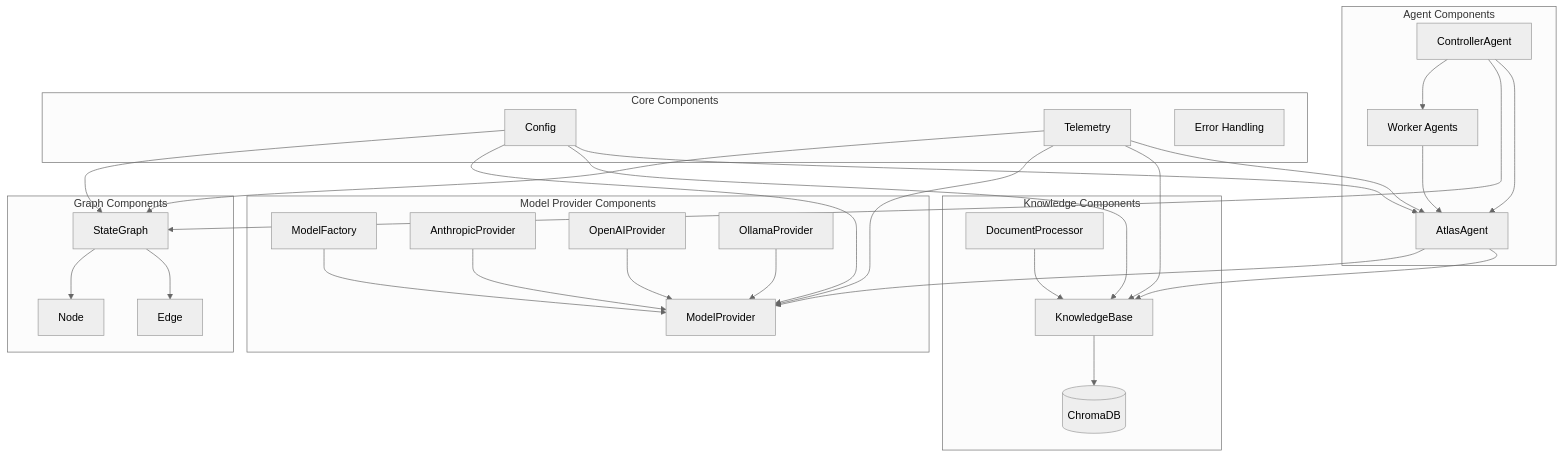
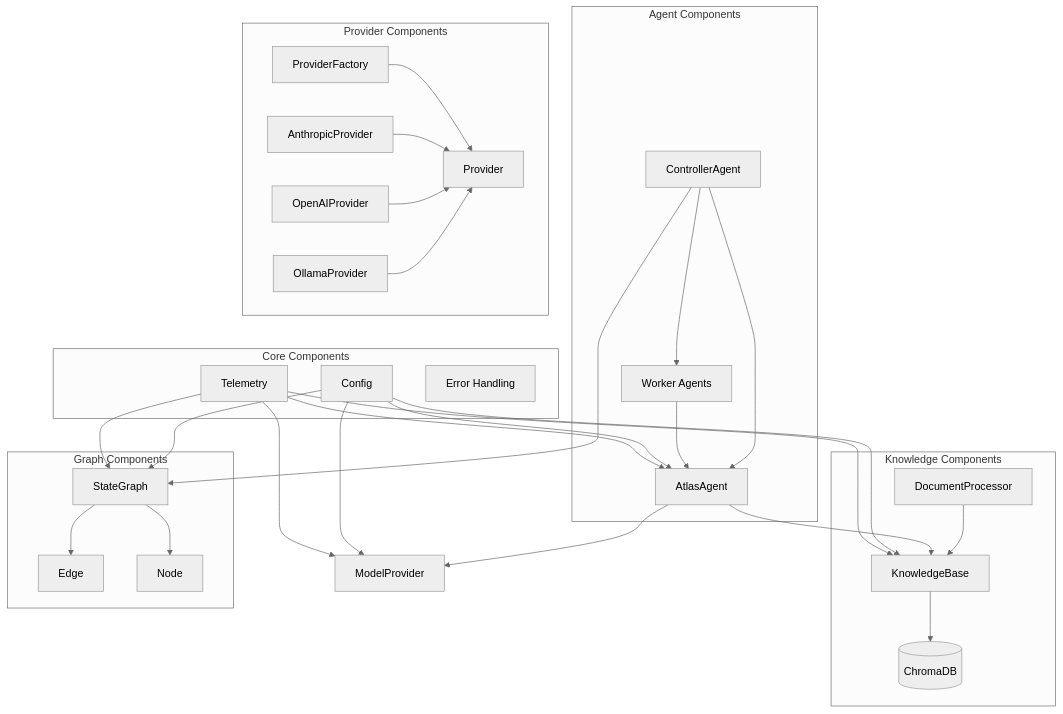
One commit to inherent-design/atlas changed the first of 6 diagrams in docs/architecture/components.md. Above: the diagram before and after it, drawn with Mermaid (neutral theme). The commit also changed other lines of this file and 76 other files, not shown here.

````diff
--- a/docs/architecture/components.md
+++ b/docs/architecture/components.md
@@ -9,65 +9,65 @@
 ```mermaid
 graph TD
     %% Agent Components
     subgraph "Agent Components"
         BaseAgent[AtlasAgent]
         Controller[ControllerAgent]
         Workers[Worker Agents]
         Controller --> BaseAgent
         Workers --> BaseAgent
     end
 
     %% Knowledge Components
     subgraph "Knowledge Components"
         KB[KnowledgeBase]
         DocProc[DocumentProcessor]
         KB --> ChromaDB[(ChromaDB)]
         DocProc --> KB
     end
 
-    %% Model Components
-    subgraph "Model Provider Components"
-        ModelFactory[ModelFactory]
-        ModelProvider[ModelProvider]
+    %% Provider Components
+    subgraph "Provider Components"
+        ProviderFactory[ProviderFactory]
+        Provider[Provider]
         Anthropic[AnthropicProvider]
         OpenAI[OpenAIProvider]
         Ollama[OllamaProvider]
-        ModelFactory --> ModelProvider
-        Anthropic --> ModelProvider
-        OpenAI --> ModelProvider
-        Ollama --> ModelProvider
+        ProviderFactory --> Provider
+        Anthropic --> Provider
+        OpenAI --> Provider
+        Ollama --> Provider
     end
 
     %% Graph Components
     subgraph "Graph Components"
         StateGraph[StateGraph]
         Edge[Edge]
         Node[Node]
         StateGraph --> Edge
         StateGraph --> Node
     end
 
     %% Core Components
     subgraph "Core Components"
         Config[Config]
         Telemetry[Telemetry]
         Error[Error Handling]
     end
 
     %% Connections between components
     BaseAgent --> KB
     BaseAgent --> ModelProvider
     Controller --> StateGraph
     Controller --> Workers
 
     %% Core connections
     Config --> BaseAgent
     Config --> KB
     Config --> ModelProvider
     Config --> StateGraph
 
     Telemetry --> BaseAgent
     Telemetry --> KB
     Telemetry --> ModelProvider
     Telemetry --> StateGraph
 ```
````
